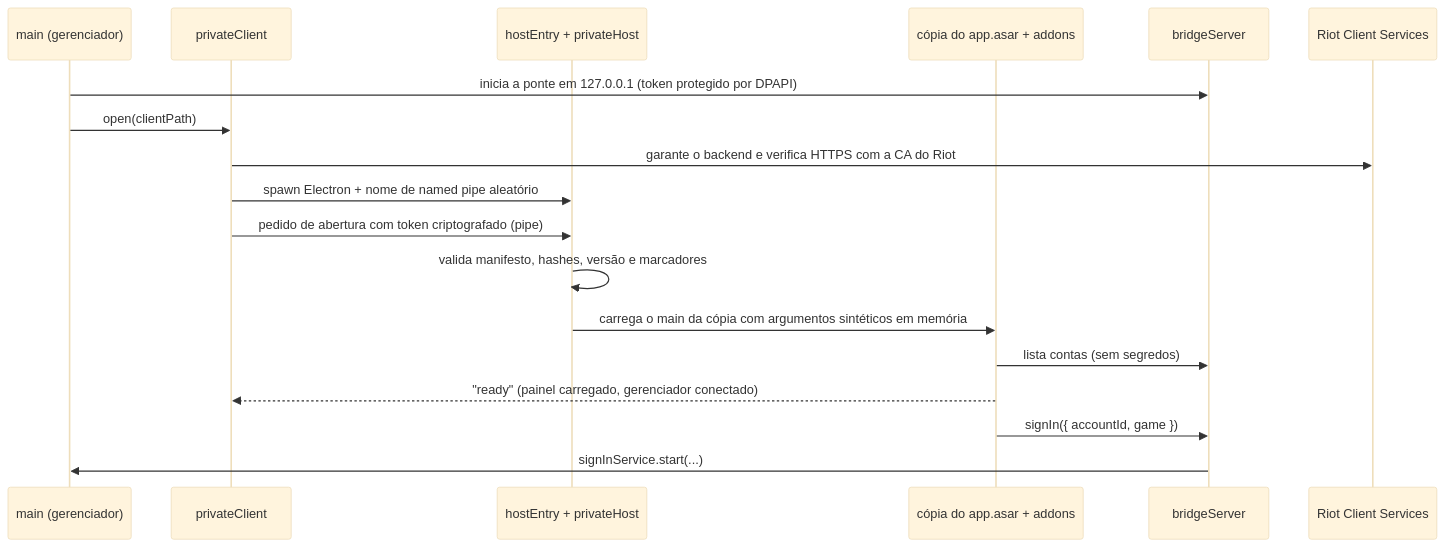
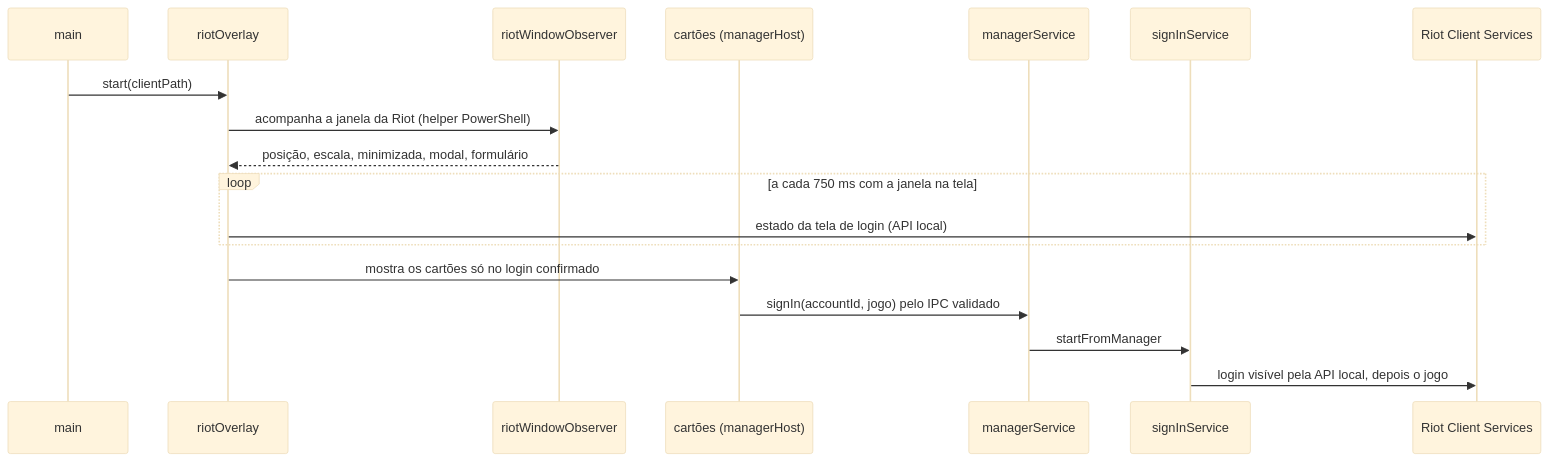
The diagram in docs/02 Arquitetura/Integração com o Riot Client.md (arthurmchd/eclipse), drawn with Mermaid (base theme) before and after one commit. The commit also changed other lines of this file and 132 other files, not shown here.

First line of the commit message:
Remove o modo antigo com a cópia privada da Riot

````diff
--- a/docs/02 Arquitetura/Integração com o Riot Client.md
+++ b/docs/02 Arquitetura/Integração com o Riot Client.md
@@ -18,21 +14,21 @@
 ```mermaid
 sequenceDiagram
-  participant M as main (gerenciador)
-  participant PC as privateClient
-  participant HE as hostEntry + privateHost
-  participant UI as cópia do app.asar + addons
-  participant BR as bridgeServer
+  participant M as main
+  participant O as riotOverlay
+  participant W as riotWindowObserver
+  participant C as cartões (managerHost)
+  participant MS as managerService
+  participant SS as signInService
   participant RCS as Riot Client Services
 
-  M->>BR: inicia a ponte em 127.0.0.1 (token protegido por DPAPI)
-  M->>PC: open(clientPath)
-  PC->>RCS: garante o backend e verifica HTTPS com a CA do Riot
-  PC->>HE: spawn Electron + nome de named pipe aleatório
-  PC->>HE: pedido de abertura com token criptografado (pipe)
-  HE->>HE: valida manifesto, hashes, versão e marcadores
-  HE->>UI: carrega o main da cópia com argumentos sintéticos em memória
-  UI->>BR: lista contas (sem segredos)
-  UI-->>PC: "ready" (painel carregado, gerenciador conectado)
-  UI->>BR: signIn({ accountId, game })
-  BR->>M: signInService.start(...)
+  M->>O: start(clientPath)
+  O->>W: acompanha a janela da Riot (helper PowerShell)
+  W-->>O: posição, escala, minimizada, modal, formulário
+  loop a cada 750 ms com a janela na tela
+    O->>RCS: estado da tela de login (API local)
+  end
+  O->>C: mostra os cartões só no login confirmado
+  C->>MS: signIn(accountId, jogo) pelo IPC validado
+  MS->>SS: startFromManager
+  SS->>RCS: login visível pela API local, depois o jogo
 ```
````
